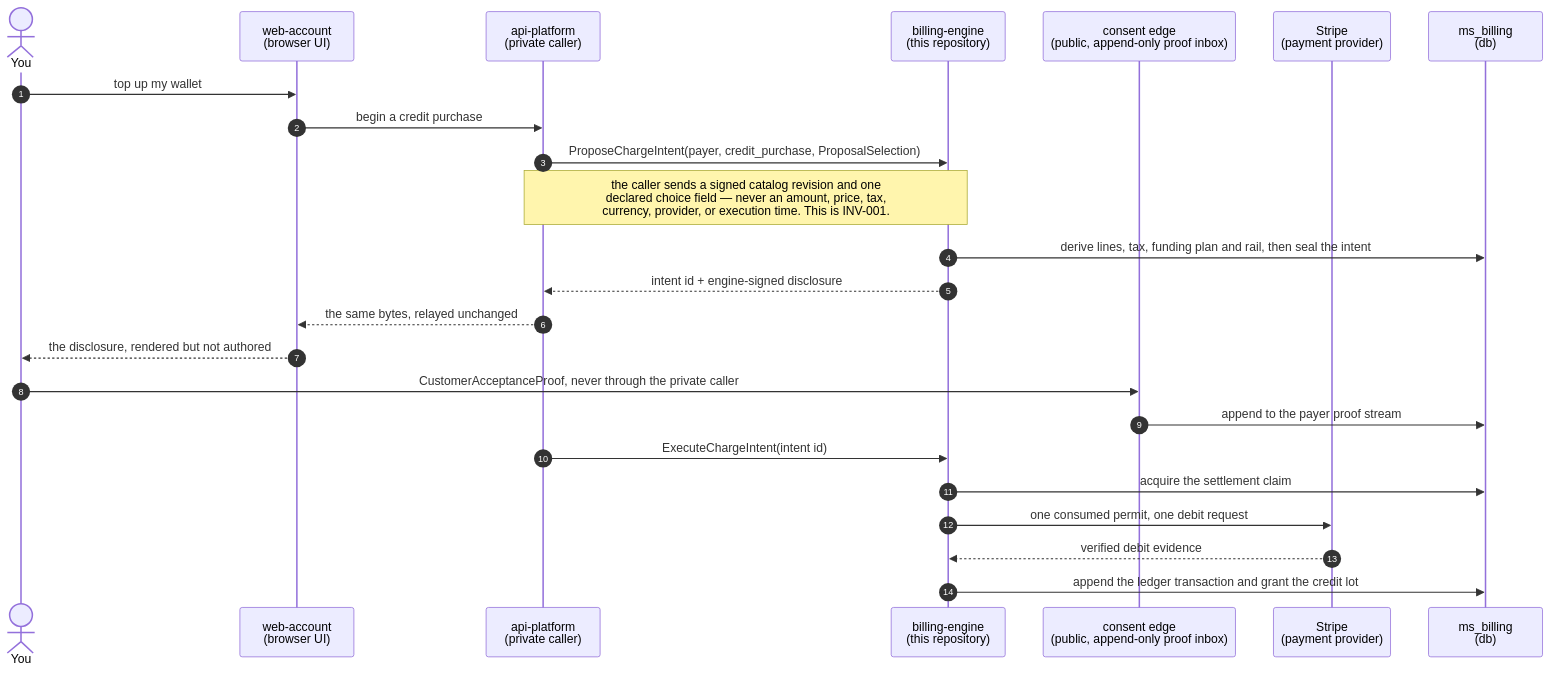
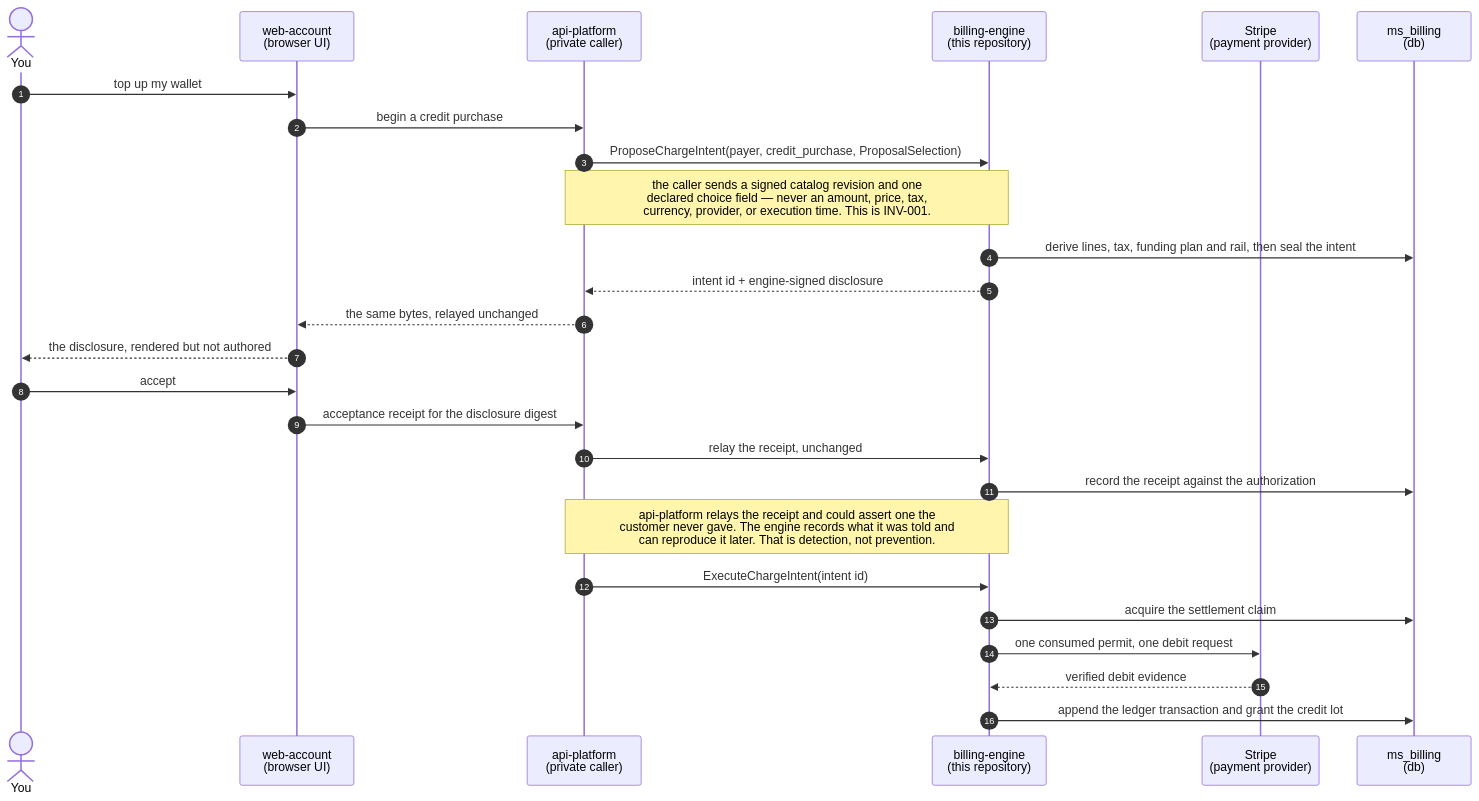
Before and after one commit to mirrorstack-ai/billing-engine: the third of 6 diagrams in README.md, drawn with Mermaid. The commit also changed other lines of this file and 3 other files, not shown here.

````diff
--- a/README.md
+++ b/README.md
@@ -220,29 +221,33 @@
 ```mermaid
 sequenceDiagram
     autonumber
     actor You
     participant WA as web-account<br/>(browser UI)
     participant AP as api-platform<br/>(private caller)
     participant Engine as billing-engine<br/>(this repository)
-    participant Edge as consent edge<br/>(public, append-only proof inbox)
     participant Stripe as Stripe<br/>(payment provider)
     participant DB as ms_billing<br/>(db)
 
     You->>WA: top up my wallet
     WA->>AP: begin a credit purchase
     AP->>Engine: ProposeChargeIntent(payer, credit_purchase, ProposalSelection)
 
     Note over AP,Engine: the caller sends a signed catalog revision and one<br/>declared choice field — never an amount, price, tax,<br/>currency, provider, or execution time. This is INV-001.
 
     Engine->>DB: derive lines, tax, funding plan and rail, then seal the intent
     Engine-->>AP: intent id + engine-signed disclosure
     AP-->>WA: the same bytes, relayed unchanged
     WA-->>You: the disclosure, rendered but not authored
-    You->>Edge: CustomerAcceptanceProof, never through the private caller
-    Edge->>DB: append to the payer proof stream
+    You->>WA: accept
+    WA->>AP: acceptance receipt for the disclosure digest
+    AP->>Engine: relay the receipt, unchanged
+    Engine->>DB: record the receipt against the authorization
+
+    Note over AP,Engine: api-platform relays the receipt and could assert one the<br/>customer never gave. The engine records what it was told and<br/>can reproduce it later. That is detection, not prevention.
+
     AP->>Engine: ExecuteChargeIntent(intent id)
     Engine->>DB: acquire the settlement claim
     Engine->>Stripe: one consumed permit, one debit request
     Stripe-->>Engine: verified debit evidence
     Engine->>DB: append the ledger transaction and grant the credit lot
 ```
````
